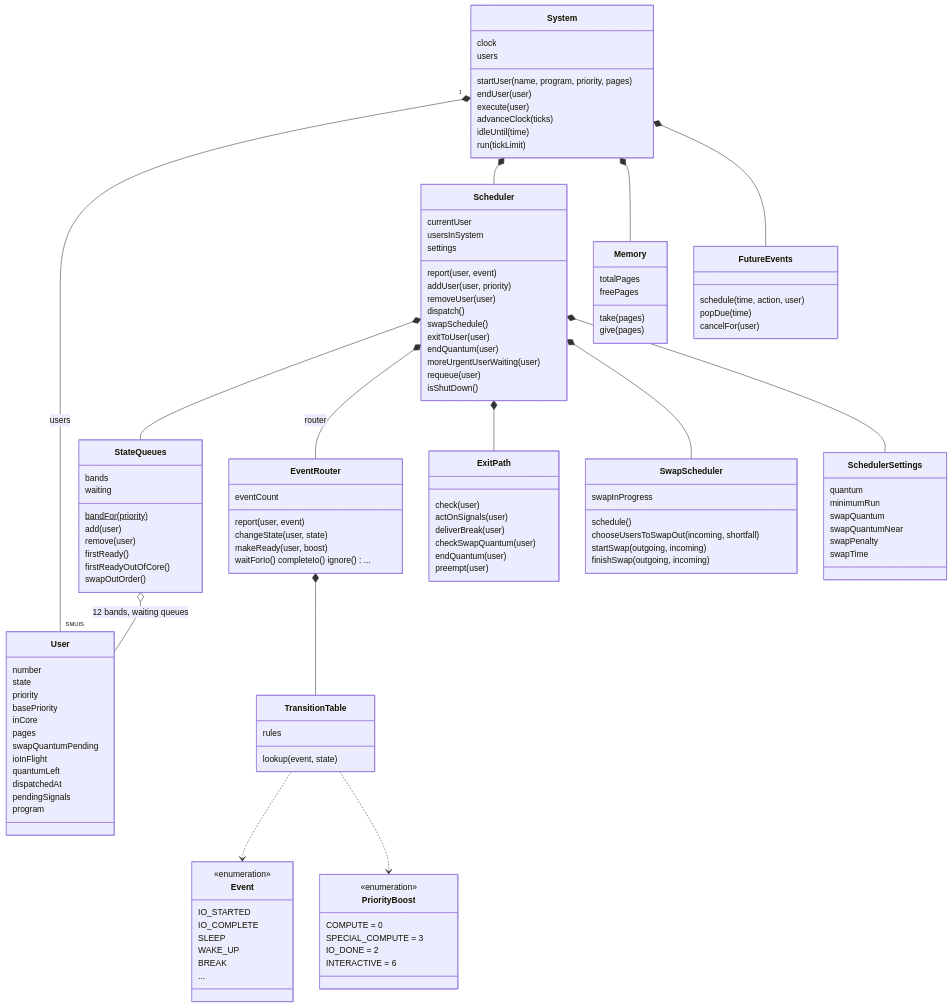
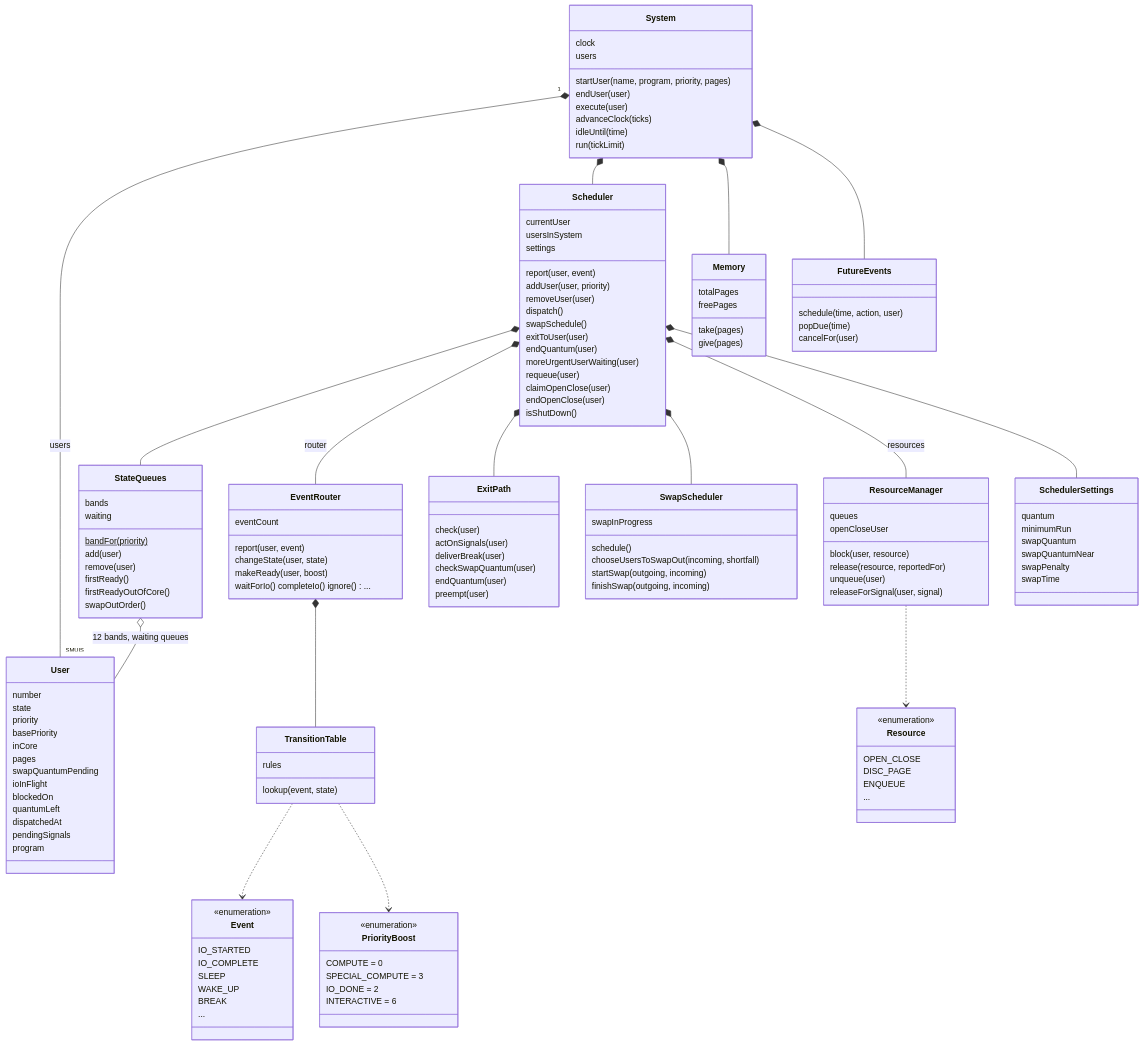
Before and after one commit to msiddalingaiah/Sigma: the first of 8 diagrams in pyCP-V/C00stap/docs/model.md, drawn with Mermaid. The commit also changed other lines of this file and 14 other files, not shown here.

Commit message:
Readable model: resources, open/close lock and resource events

```diff
--- a/pyCP-V/C00stap/docs/model.md
+++ b/pyCP-V/C00stap/docs/model.md
@@ -84,7 +84,24 @@
         endQuantum(user)
         moreUrgentUserWaiting(user)
         requeue(user)
+        claimOpenClose(user)
+        endOpenClose(user)
         isShutDown()
+    }
+    class ResourceManager {
+        queues
+        openCloseUser
+        block(user, resource)
+        release(resource, reportedFor)
+        unqueue(user)
+        releaseForSignal(user, signal)
+    }
+    class Resource {
+        <<enumeration>>
+        OPEN_CLOSE
+        DISC_PAGE
+        ENQUEUE
+        ...
     }
     class ExitPath {
         check(user)
@@ -124,6 +141,7 @@
         pages
         swapQuantumPending
         ioInFlight
+        blockedOn
         quantumLeft
         dispatchedAt
         pendingSignals
@@ -179,6 +197,8 @@
     Scheduler *-- EventRouter : router
     Scheduler *-- ExitPath
     Scheduler *-- SwapScheduler
+    Scheduler *-- ResourceManager : resources
+    ResourceManager ..> Resource
     Scheduler *-- SchedulerSettings
     EventRouter *-- TransitionTable
     TransitionTable ..> Event
```
